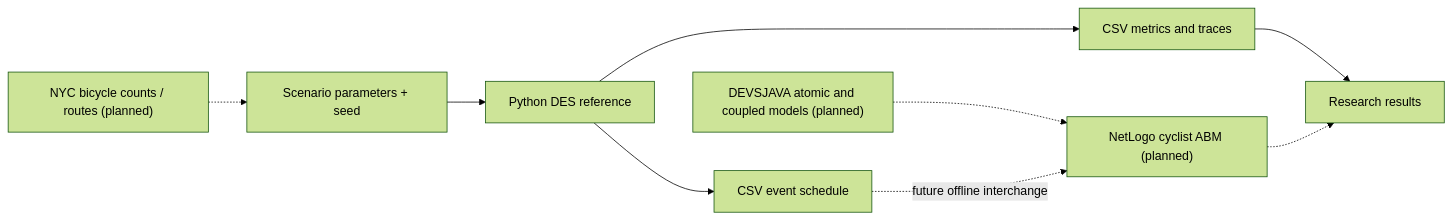
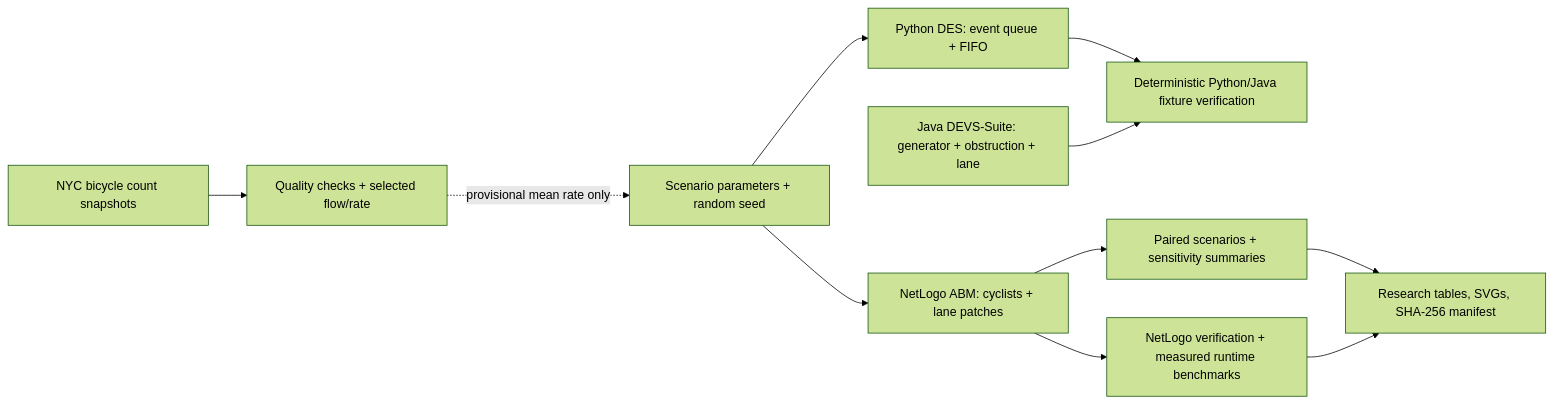
The diagram in docs/architecture.md (rainrunner20/Cyclistics-CSC-754-Final-Project), drawn with Mermaid (forest theme) before and after one commit. The commit also changed other lines of this file and 13 other files, not shown here.

````diff
--- a/docs/architecture.md
+++ b/docs/architecture.md
@@ -5,11 +7,13 @@
 ```mermaid
 flowchart LR
-    A["Scenario parameters + seed"] --> B["Python DES reference"]
-    B --> C["CSV metrics and traces"]
-    B --> D["CSV event schedule"]
-    C --> E["Research results"]
-    F["NYC bicycle counts / routes (planned)"] -.-> A
-    G["DEVSJAVA atomic and coupled models (planned)"] -.-> H["NetLogo cyclist ABM (planned)"]
-    D -. "future offline interchange" .-> H
-    H -.-> E
+    A["Scenario parameters + random seed"] --> P["Python DES: event queue + FIFO"]
+    A --> N["NetLogo ABM: cyclists + lane patches"]
+    D["NYC bicycle count snapshots"] --> Q["Quality checks + selected flow/rate"]
+    Q -. "provisional mean rate only" .-> A
+    P --> C["Deterministic Python/Java fixture verification"]
+    J["Java DEVS-Suite: generator + obstruction + lane"] --> C
+    N --> E["Paired scenarios + sensitivity summaries"]
+    N --> B["NetLogo verification + measured runtime benchmarks"]
+    E --> R["Research tables, SVGs, SHA-256 manifest"]
+    B --> R
 ```
````
